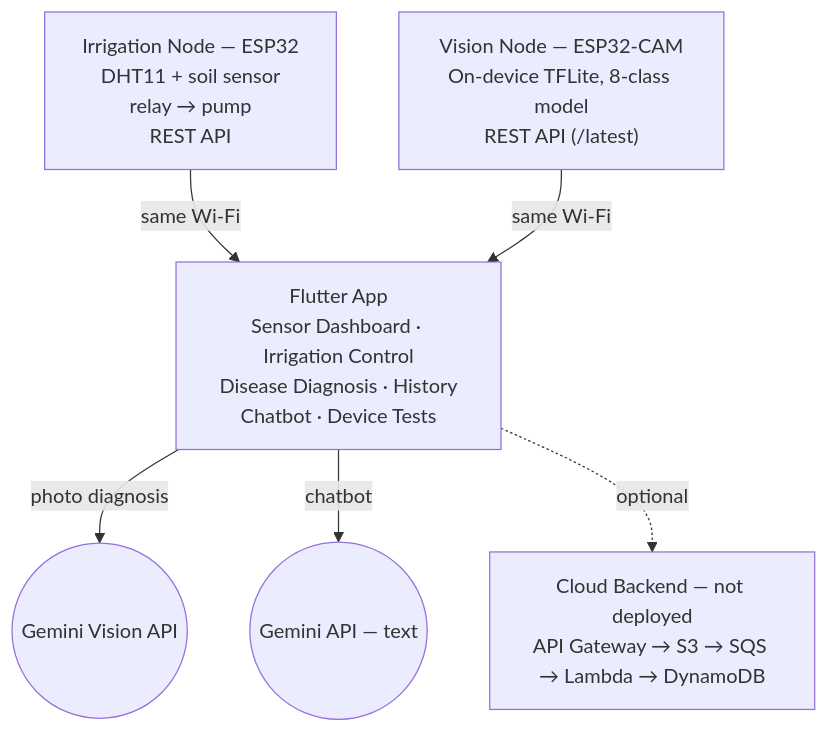
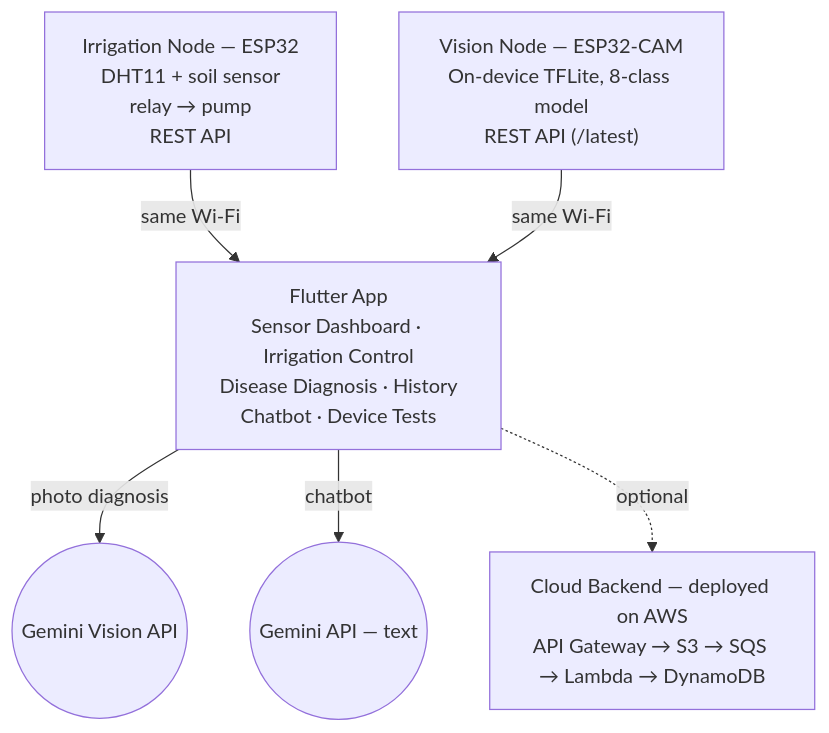
Before and after one commit to FURYBALA/smart-agriculture-system: the diagram in README.md, drawn with Mermaid. The commit also changed other lines of this file and 4 other files, not shown here.

First line of the commit message:
docs: fix stale "not deployed" claims left over from before deployment

````diff
--- a/README.md
+++ b/README.md
@@ -52,15 +57,15 @@
 ```mermaid
 flowchart TD
     IRR["Irrigation Node — ESP32<br/>DHT11 + soil sensor<br/>relay → pump<br/>REST API"]
     VIS["Vision Node — ESP32-CAM<br/>On-device TFLite, 8-class model<br/>REST API (/latest)"]
     APP["Flutter App<br/>Sensor Dashboard · Irrigation Control<br/>Disease Diagnosis · History<br/>Chatbot · Device Tests"]
     GEMV(("Gemini Vision API"))
     GEMT(("Gemini API — text"))
-    BACK["Cloud Backend — not deployed<br/>API Gateway → S3 → SQS → Lambda → DynamoDB"]
+    BACK["Cloud Backend — deployed on AWS<br/>API Gateway → S3 → SQS → Lambda → DynamoDB"]
 
     IRR -- same Wi-Fi --> APP
     VIS -- same Wi-Fi --> APP
     APP -- photo diagnosis --> GEMV
     APP -- chatbot --> GEMT
     APP -. optional .-> BACK
 ```
````
